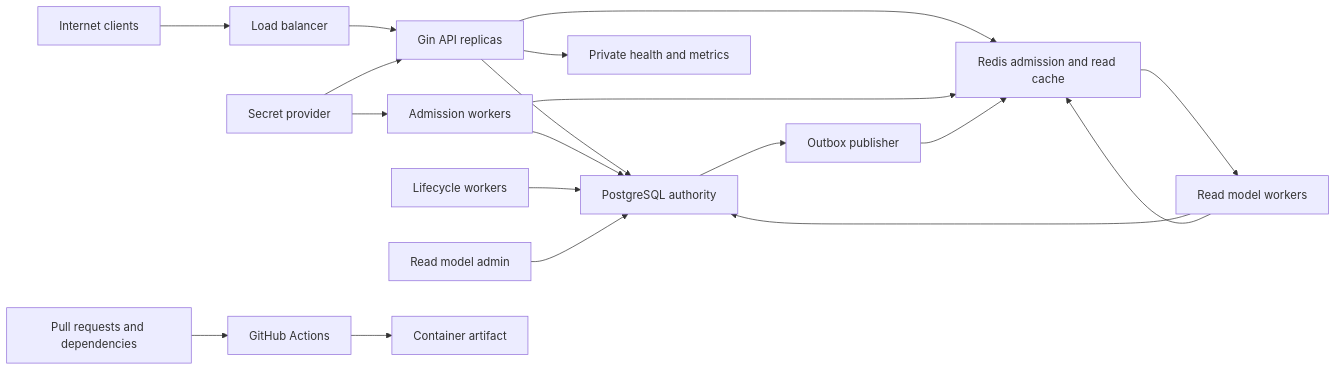
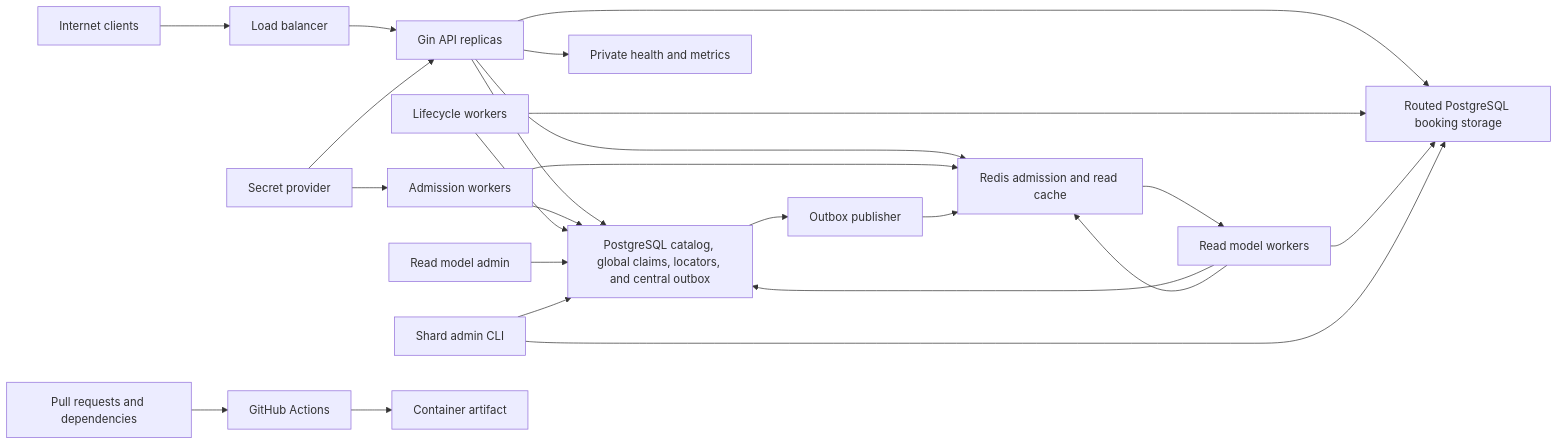
One commit to Neura-Shadow/Scalable-Railway-Ticketing-Platform changed the diagram in docs/security-threat-model.md. Above: the diagram before and after it, drawn with Mermaid. The commit also changed other lines of this file and 48 other files, not shown here.

````diff
--- a/docs/security-threat-model.md
+++ b/docs/security-threat-model.md
@@ -99,21 +117,26 @@
 ```mermaid
 flowchart LR
     U["Internet clients"] --> L["Load balancer"]
     L --> A["Gin API replicas"]
-    A --> P["PostgreSQL authority"]
+    A --> Ctl["PostgreSQL catalog, global claims, locators, and central outbox"]
+    A --> P["Routed PostgreSQL booking storage"]
     A --> R["Redis admission and read cache"]
     K["Secret provider"] --> A
     K --> W["Admission workers"]
-    W --> P
+    W --> Ctl
     W --> R
-    X["Lifecycle workers"] --> P
-    P --> O["Outbox publisher"]
+    X["Lifecycle workers"] --> Ctl
+    X --> P
+    Ctl --> O["Outbox publisher"]
     O --> R
     R --> Q["Read model workers"]
+    Q --> Ctl
     Q --> P
     Q --> R
-    D["Read model admin"] --> P
+    D["Read model admin"] --> Ctl
+    S["Shard admin CLI"] --> Ctl
+    S --> P
     A --> M["Private health and metrics"]
     C["Pull requests and dependencies"] --> CI["GitHub Actions"]
     CI --> I["Container artifact"]
 ```
````
